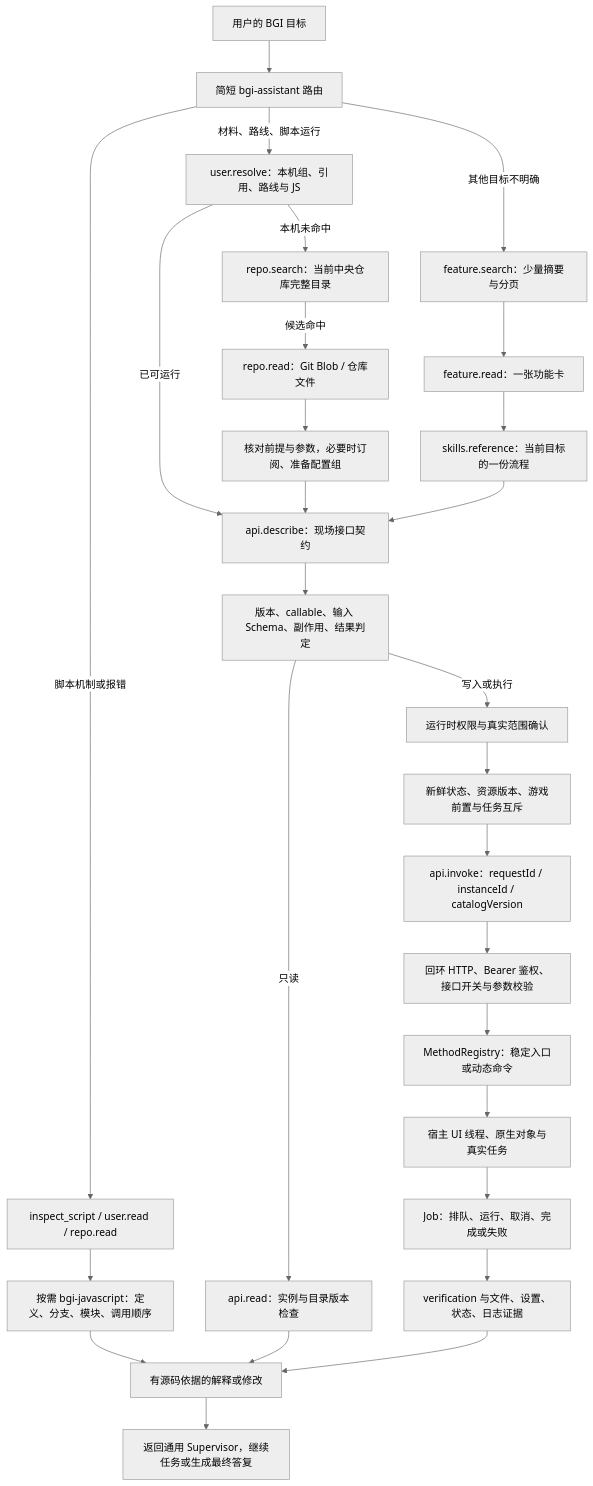
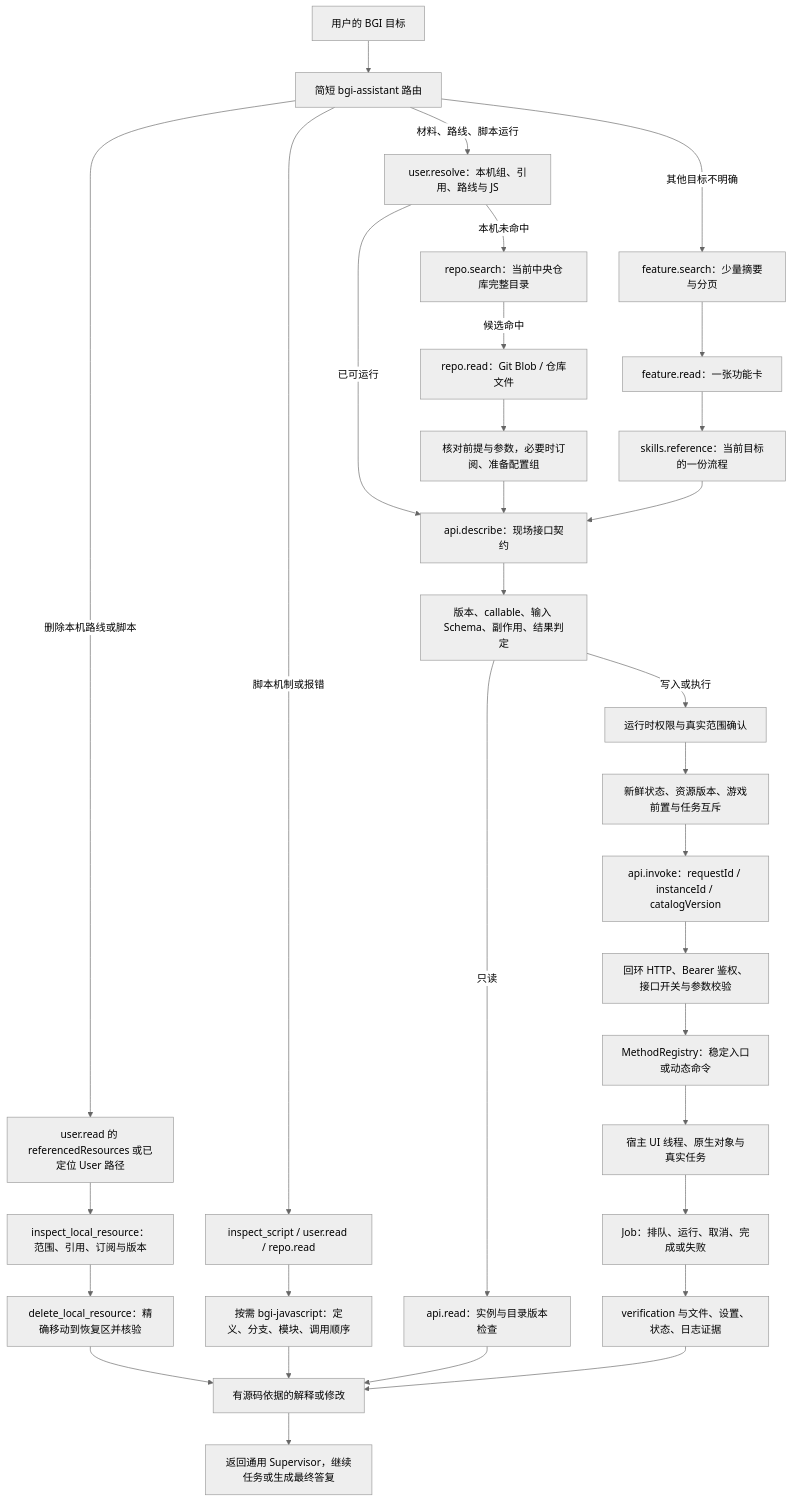
The second of 5 diagrams in docs/bgi/agent-chain.md (A-Little-AnQi/Sleepy-Doll), drawn with Mermaid (neutral theme) before and after one commit. The commit also changed 17 other files, not shown here.

````diff
--- a/docs/bgi/agent-chain.md
+++ b/docs/bgi/agent-chain.md
@@ -51,30 +51,34 @@
 ```mermaid
 flowchart TD
   G[用户的 BGI 目标] --> ROUTE[简短 bgi-assistant 路由]
   ROUTE -->|材料、路线、脚本运行| RES[user.resolve：本机组、引用、路线与 JS]
   RES -->|本机未命中| REPO[repo.search：当前中央仓库完整目录]
   REPO -->|候选命中| READ[repo.read：Git Blob / 仓库文件]
   READ --> PREP[核对前提与参数，必要时订阅、准备配置组]
   RES -->|已可运行| DES[api.describe：现场接口契约]
   PREP --> DES
+  ROUTE -->|删除本机路线或脚本| DELPATH[user.read 的 referencedResources 或已定位 User 路径]
+  DELPATH --> INSPECT[inspect_local_resource：范围、引用、订阅与版本]
+  INSPECT --> DELETE[delete_local_resource：精确移动到恢复区并核验]
+  DELETE --> RESULT
   ROUTE -->|脚本机制或报错| JS[inspect_script / user.read / repo.read]
   JS --> JSSK[按需 bgi-javascript：定义、分支、模块、调用顺序]
   JSSK --> RESULT[有源码依据的解释或修改]
   ROUTE -->|其他目标不明确| FS[feature.search：少量摘要与分页]
   FS --> FR[feature.read：一张功能卡]
   FR --> REF[skills.reference：当前目标的一份流程]
   REF --> DES
   DES --> CHECK[版本、callable、输入 Schema、副作用、结果判定]
   CHECK -->|只读| RD[api.read：实例与目录版本检查]
   CHECK -->|写入或执行| PERM[运行时权限与真实范围确认]
   PERM --> PRE[新鲜状态、资源版本、游戏前置与任务互斥]
   PRE --> INV[api.invoke：requestId / instanceId / catalogVersion]
   INV --> HOST[回环 HTTP、Bearer 鉴权、接口开关与参数校验]
   HOST --> DISPATCH[MethodRegistry：稳定入口或动态命令]
   DISPATCH --> NATIVE[宿主 UI 线程、原生对象与真实任务]
   NATIVE --> JOB[Job：排队、运行、取消、完成或失败]
   JOB --> VERIFY[verification 与文件、设置、状态、日志证据]
   RD --> RESULT
   VERIFY --> RESULT
   RESULT --> LOOP[返回通用 Supervisor，继续任务或生成最终答复]
 ```
````
